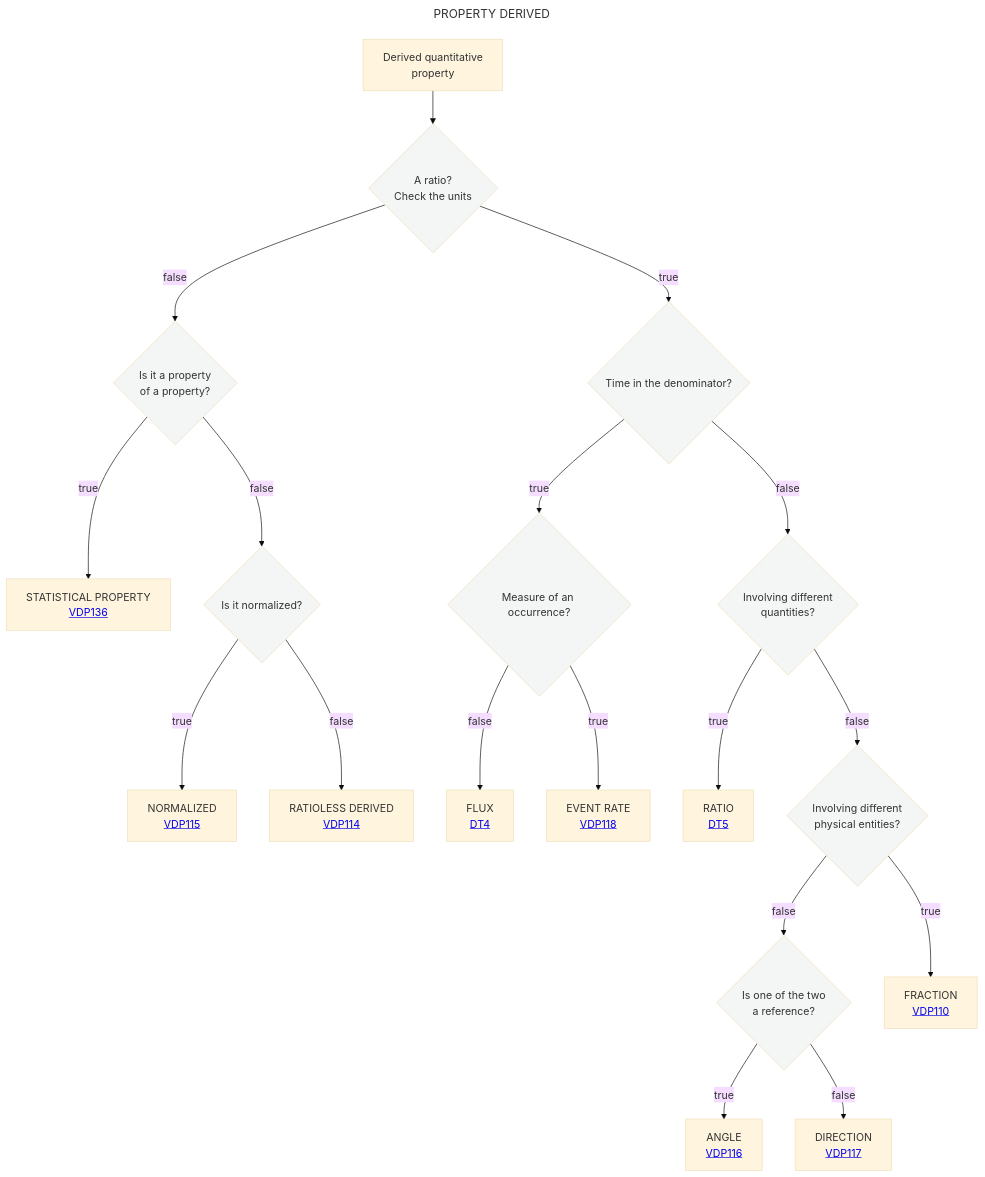
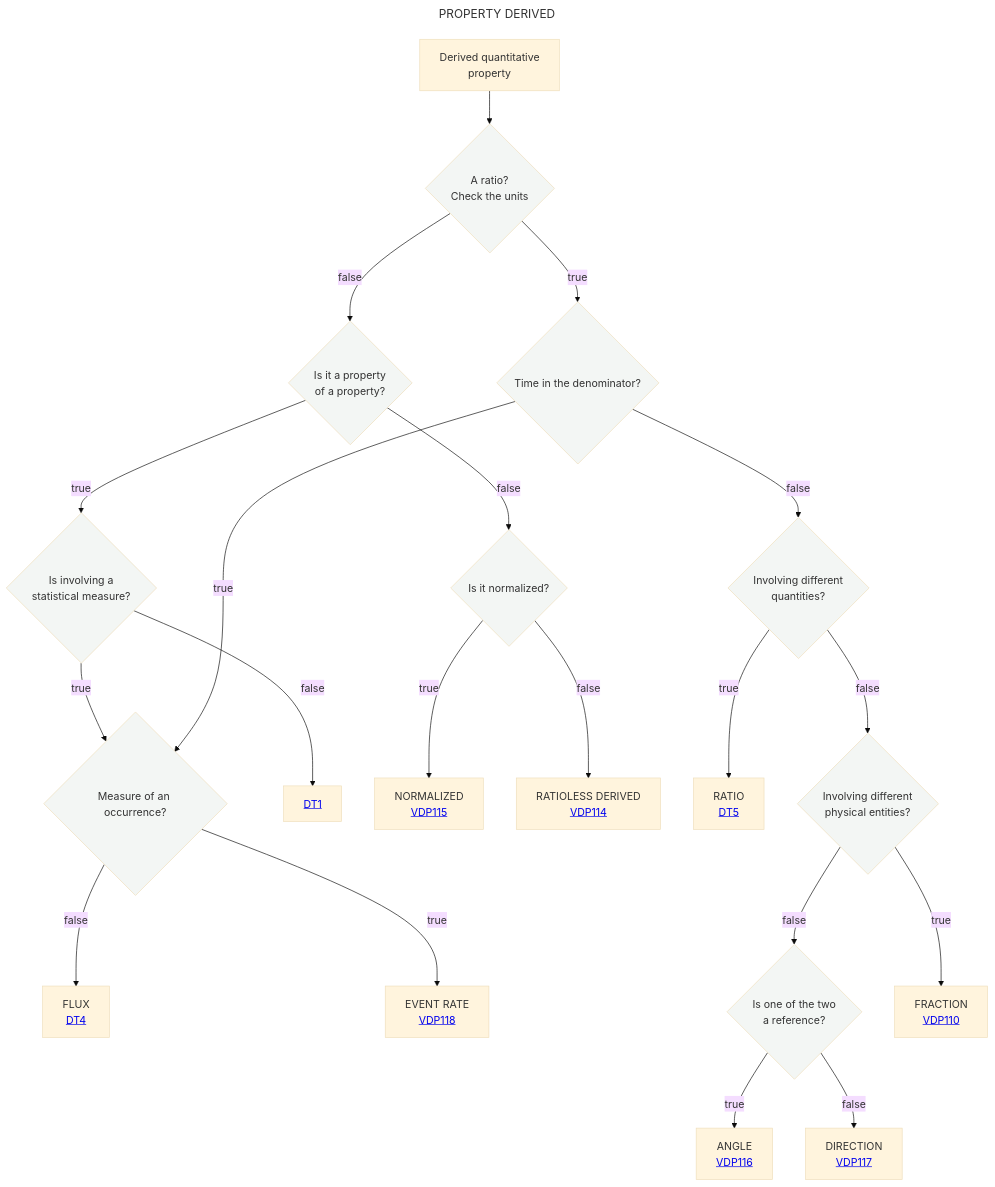
The diagram in Decisition_trees/DT3.mmd (mabablue/I-ADOPT-patterns-playground), drawn with Mermaid (base theme) before and after one commit.

```diff
--- a/Decisition_trees/DT3.mmd
+++ b/Decisition_trees/DT3.mmd
@@ -1,25 +1,27 @@
 ---
 title: PROPERTY DERIVED
 ---
 flowchart TD
     A[Derived quantitative <br> property] --> B{A ratio?<br>Check the units}:::white
     B --> |true|N{Time in the denominator?}:::white
     B --> |false|C{Is it a property <br> of a property?}:::white
-    C --> |true|D[STATISTICAL PROPERTY <br> <a href='https://github.com/mabablue/I-ADOPT-patterns-playground/blob/main/pattern/VDP136.yaml'>VDP136</a>]
+    C --> |true|D{Is involving a <br> statistical measure?}:::white
+    D --> |true|E[STATISTICAL PROPERTY <br> <a href='https://github.com/mabablue/I-ADOPT-patterns-playground/blob/main/pattern/VDP136.yaml'>VDP136</a>]
+    D --> |false|F[<a href='https://github.com/mabablue/I-ADOPT-patterns-playground/blob/main/Decisition_trees/DT2.mmd'>DT1</a>]
     C --> |false|I{Is it normalized?}:::white
     I --> |true|T[NORMALIZED <br> <a href='https://github.com/mabablue/I-ADOPT-patterns-playground/blob/main/pattern/VDP115.yaml'>VDP115</a>]
     I --> |false|U[RATIOLESS DERIVED <br> <a href='https://github.com/mabablue/I-ADOPT-patterns-playground/blob/main/pattern/VDP114.yaml'>VDP114</a>]
     N --> |true|E{Measure of an occurrence?}:::white
     E --> |false|K[FLUX <br> <a href='https://github.com/mabablue/I-ADOPT-patterns-playground/blob/main/Decisition_trees/DT4.mmd'> DT4</a>]
     E --> |true|J[EVENT RATE <br> <a href='https://github.com/mabablue/I-ADOPT-patterns-playground/blob/main/pattern/VDP118.yaml'>VDP118</a>]
     N --> |false|O{Involving different <br> quantities?}:::white
     O --> |true|P[RATIO <br> <a href='https://github.com/mabablue/I-ADOPT-patterns-playground/blob/main/Decisition_trees/DT5.mmd'> DT5</a>]
     O --> |false|Q{Involving different <br> physical entities?}:::white
     Q --> |false|R{Is one of the two <br> a reference?}:::white
     R --> |true|L[ANGLE <br> <a href='https://github.com/mabablue/I-ADOPT-patterns-playground/blob/main/pattern/VDP116.yaml'>VDP116</a>]
     R --> |false|M[DIRECTION <br> <a href='https://github.com/mabablue/I-ADOPT-patterns-playground/blob/main/pattern/VDP117.yaml'>VDP117</a>]
     Q --> |true|S[FRACTION <br> <a href='https://github.com/mabablue/I-ADOPT-patterns-playground/blob/main/pattern/VDP110.yaml'>VDP110</a>]
    classDef blue fill:#90D5FF
    classDef satblue fill:#57B9FF 
    classDef white fill:#f3f6f4
    classDef green fill:#6aa84f
```
